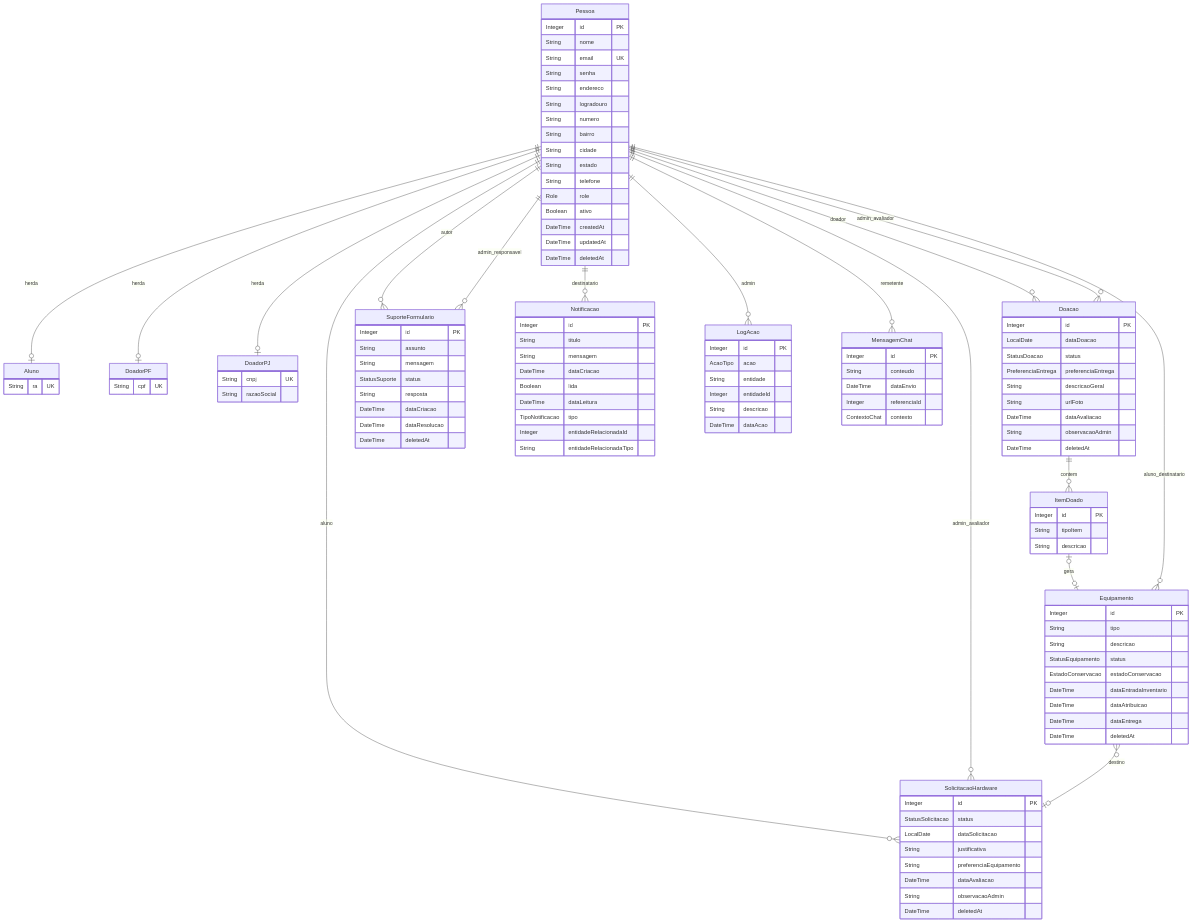
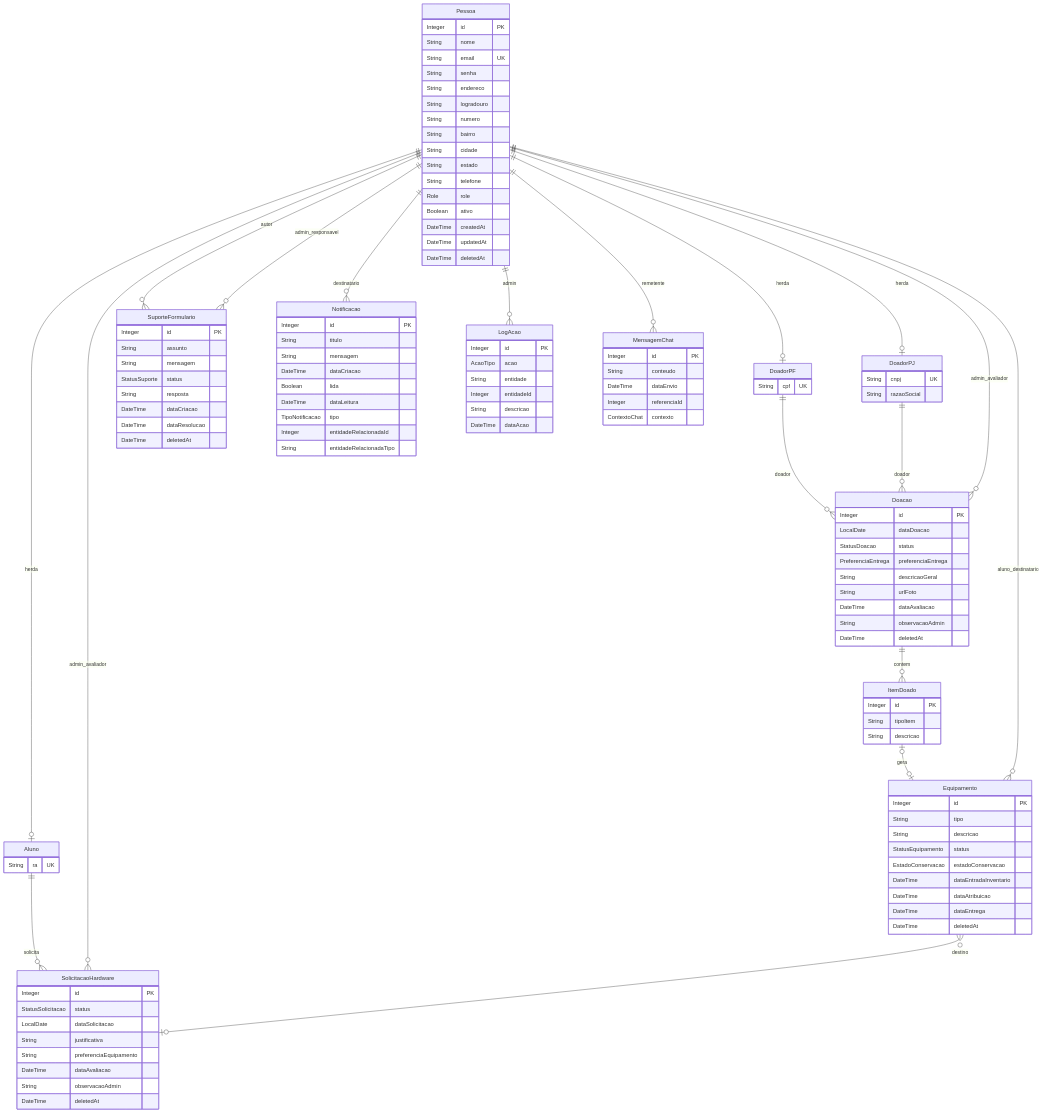
One commit to JoaoPedroCampanari/DoaTec changed the diagram in mermaid.md. Above: the diagram before and after it, drawn with Mermaid.

Commit message:
Fix ERD: Aluno solicita, Doador doa — not generic Pessoa

```diff
--- a/mermaid.md
+++ b/mermaid.md
@@ -57,7 +57,8 @@
         String descricao
     }
 
-    Pessoa ||--o{ Doacao : "doador"
+    DoadorPF ||--o{ Doacao : "doador"
+    DoadorPJ ||--o{ Doacao : "doador"
     Pessoa ||--o{ Doacao : "admin_avaliador"
     Doacao ||--o{ ItemDoado : "contem"
 
@@ -72,7 +73,7 @@
         DateTime deletedAt
     }
 
-    Pessoa ||--o{ SolicitacaoHardware : "aluno"
+    Aluno ||--o{ SolicitacaoHardware : "solicita"
     Pessoa ||--o{ SolicitacaoHardware : "admin_avaliador"
 
     Equipamento {
```
